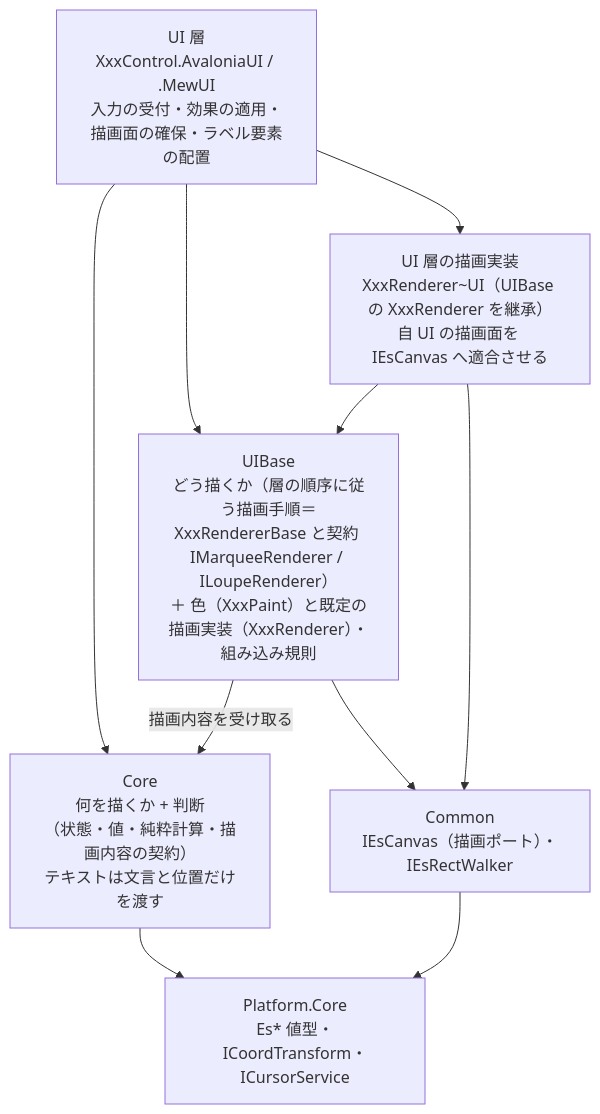
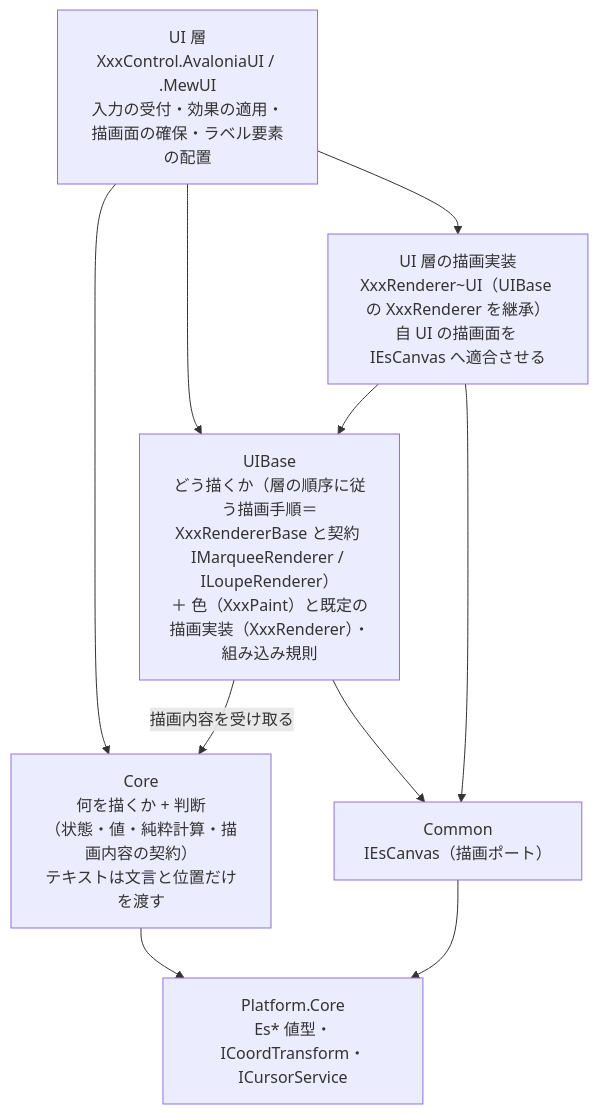
One commit to tomokuni/SaveEvidence changed the second of 2 diagrams in src/README.md. Above: the diagram before and after it, drawn with Mermaid. The commit also changed other lines of this file and 21 other files, not shown here.

````diff
--- a/src/README.md
+++ b/src/README.md
@@ -29,16 +29,16 @@
 ```mermaid
 flowchart TB
     UI["UI 層<br/>XxxControl.AvaloniaUI / .MewUI<br/>入力の受付・効果の適用・描画面の確保・ラベル要素の配置"]
     UIR["UI 層の描画実装<br/>XxxRenderer~UI（UIBase の XxxRenderer を継承）<br/>自 UI の描画面を IEsCanvas へ適合させる"]
     UB["UIBase<br/>どう描くか（層の順序に従う描画手順＝XxxRendererBase と契約 IMarqueeRenderer / ILoupeRenderer）<br/>＋ 色（XxxPaint）と既定の描画実装（XxxRenderer）・組み込み規則"]
     CORE["Core<br/>何を描くか + 判断<br/>（状態・値・純粋計算・描画内容の契約）<br/>テキストは文言と位置だけを渡す"]
     UI --> UIR
     UI --> UB
     UI --> CORE
     UIR --> UB
     UB -->|描画内容を受け取る| CORE
-    UB --> CM["Common<br/>IEsCanvas（描画ポート）・IEsRectWalker"]
+    UB --> CM["Common<br/>IEsCanvas（描画ポート）"]
     UIR --> CM
     CORE --> PC["Platform.Core<br/>Es* 値型・ICoordTransform・ICursorService"]
     CM --> PC
 ```
````
